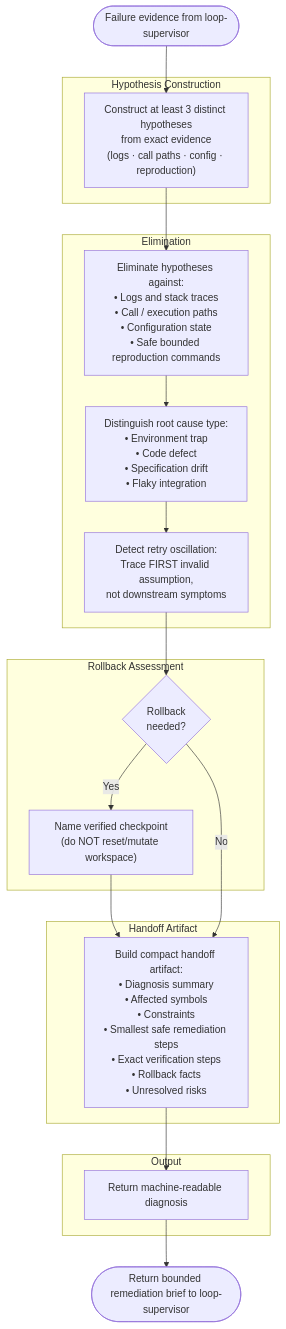
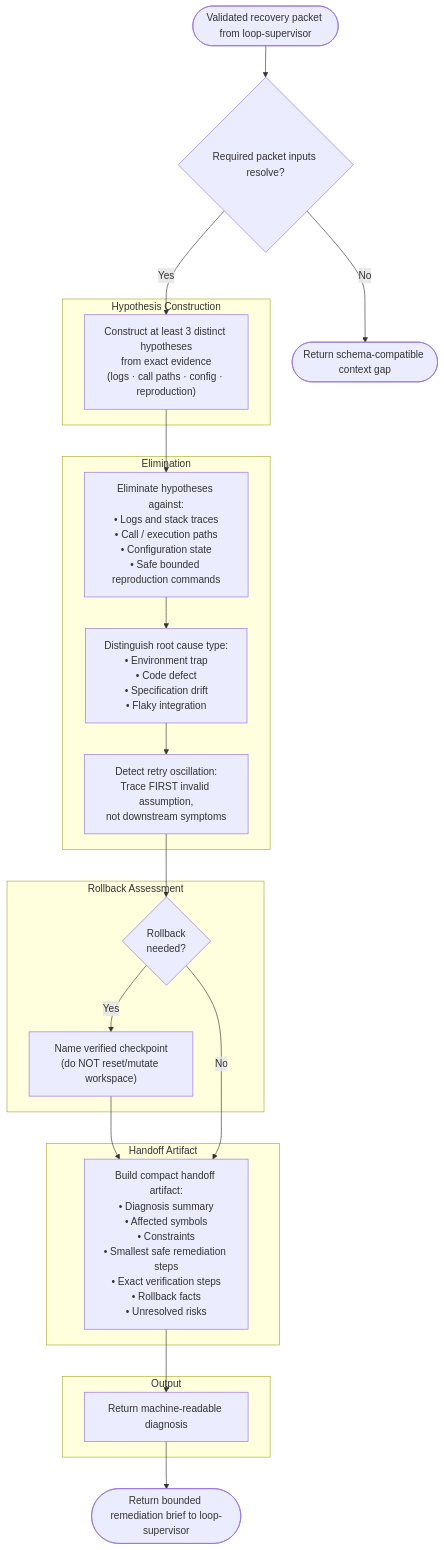
Before and after one commit to ericmaster/agent-fabric: the diagram in docs/architecture/expert-debugger.md, drawn with Mermaid. The commit also changed other lines of this file and 22 other files, not shown here.

First line of the commit message:
feat(agents): enforce fail-closed fresh-context Delegation Packet contract

````diff
--- a/docs/architecture/expert-debugger.md
+++ b/docs/architecture/expert-debugger.md
@@ -11,40 +13,44 @@
 ```mermaid
 flowchart TD
-    START([Failure evidence from loop-supervisor]) --> HYPO
+    START([Validated recovery packet from loop-supervisor]) --> INTAKE
+
+    INTAKE{"Required packet inputs resolve?"}
+    INTAKE -- No --> CONTEXT_GAP([Return schema-compatible context gap])
+    INTAKE -- Yes --> HYPO
 
     subgraph "Hypothesis Construction"
         HYPO["Construct at least 3 distinct hypotheses\nfrom exact evidence\n(logs · call paths · config · reproduction)"]
     end
 
     HYPO --> ELIMINATE
 
     subgraph "Elimination"
         ELIMINATE["Eliminate hypotheses against:\n• Logs and stack traces\n• Call / execution paths\n• Configuration state\n• Safe bounded reproduction commands"]
 
         CLASSIFY["Distinguish root cause type:\n• Environment trap\n• Code defect\n• Specification drift\n• Flaky integration"]
 
         OSCILLATION["Detect retry oscillation:\nTrace FIRST invalid assumption,\nnot downstream symptoms"]
     end
 
     ELIMINATE --> CLASSIFY --> OSCILLATION --> ROLLBACK_CHECK
 
     subgraph "Rollback Assessment"
         ROLLBACK_CHECK{"Rollback\nneeded?"}
         ROLLBACK_TARGET["Name verified checkpoint\n(do NOT reset/mutate workspace)"]
     end
 
     ROLLBACK_CHECK -- Yes --> ROLLBACK_TARGET --> HANDOFF_BUILD
     ROLLBACK_CHECK -- No --> HANDOFF_BUILD
 
     subgraph "Handoff Artifact"
         HANDOFF_BUILD["Build compact handoff artifact:\n• Diagnosis summary\n• Affected symbols\n• Constraints\n• Smallest safe remediation steps\n• Exact verification steps\n• Rollback facts\n• Unresolved risks"]
     end
 
     HANDOFF_BUILD --> OUTPUT
 
     subgraph "Output"
         OUTPUT["Return machine-readable diagnosis"]
     end
 
     OUTPUT --> DONE([Return bounded remediation brief to loop-supervisor])
 ```
````
